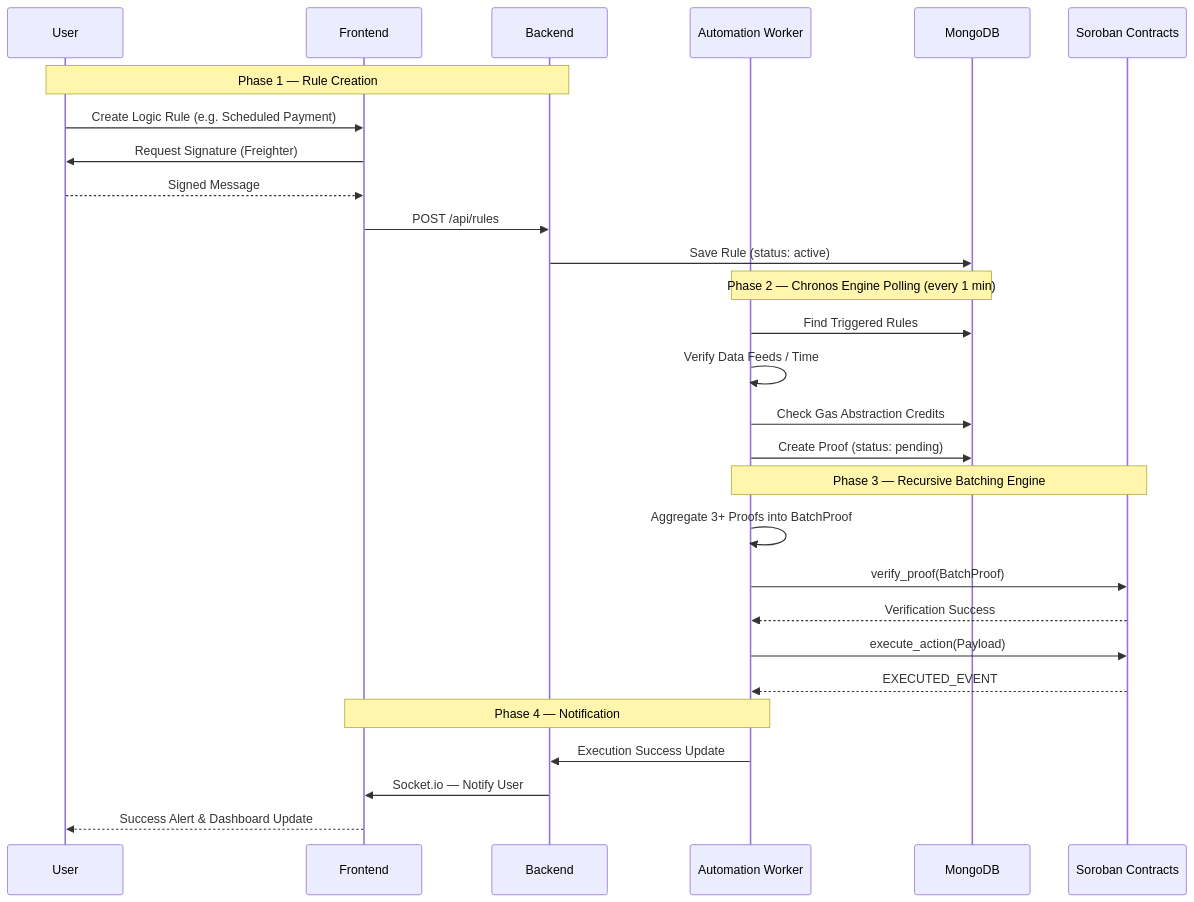
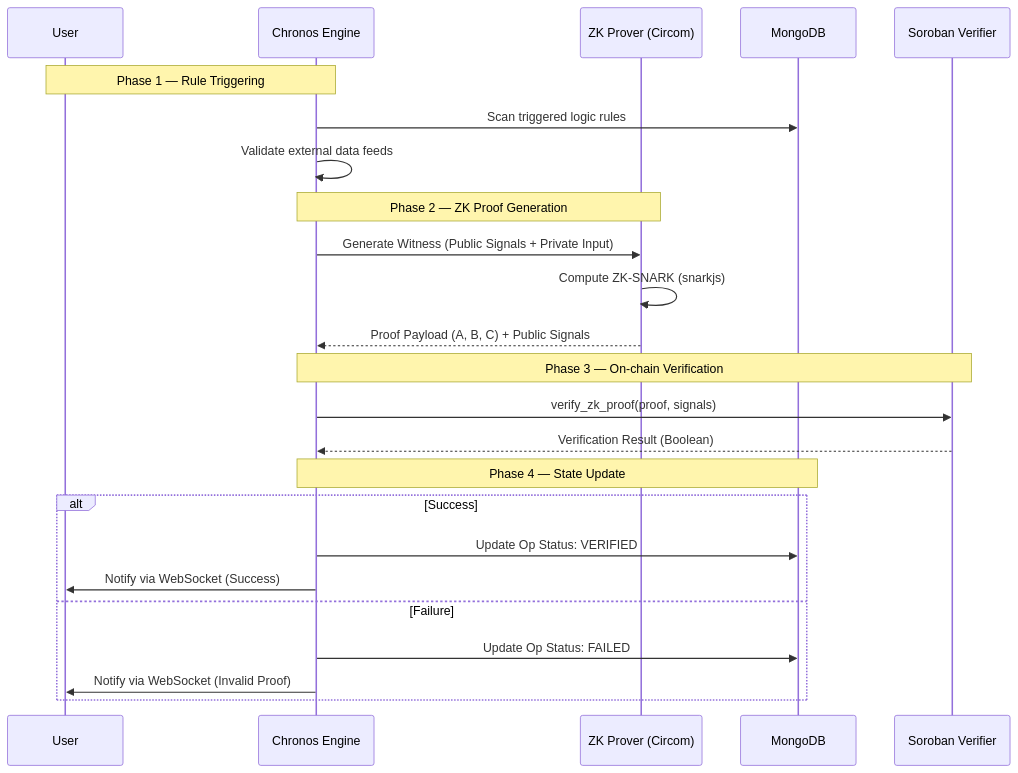
One commit to Pritam9078/ZYPHERION changed the second of 5 diagrams in ARCHITECTURE.md. Above: the diagram before and after it, drawn with Mermaid. The commit also changed other lines of this file, not shown here.

````diff
--- a/ARCHITECTURE.md
+++ b/ARCHITECTURE.md
@@ -58,38 +58,30 @@
 ```mermaid
 sequenceDiagram
     participant User
-    participant Frontend
-    participant Backend
-    participant Worker as Automation Worker
+    participant Worker as Chronos Engine
+    participant ZK as ZK Prover (Circom)
     participant DB as MongoDB
-    participant Stellar as Soroban Contracts
+    participant Stellar as Soroban Verifier
 
-    Note over User, Backend: Phase 1 — Rule Creation
-
-    User->>Frontend: Create Logic Rule (e.g. Scheduled Payment)
-    Frontend->>User: Request Signature (Freighter)
-    User-->>Frontend: Signed Message
-    Frontend->>Backend: POST /api/rules
-    Backend->>DB: Save Rule (status: active)
-
-    Note over Worker, DB: Phase 2 — Chronos Engine Polling (every 1 min)
-
-    Worker->>DB: Find Triggered Rules
-    Worker->>Worker: Verify Data Feeds / Time
-    Worker->>DB: Check Gas Abstraction Credits
-    Worker->>DB: Create Proof (status: pending)
-
-    Note over Worker, Stellar: Phase 3 — Recursive Batching Engine
-
-    Worker->>Worker: Aggregate 3+ Proofs into BatchProof
-    Worker->>Stellar: verify_proof(BatchProof)
-    Stellar-->>Worker: Verification Success
-    Worker->>Stellar: execute_action(Payload)
-    Stellar-->>Worker: EXECUTED_EVENT
-
-    Note over Worker, Frontend: Phase 4 — Notification
-
-    Worker->>Backend: Execution Success Update
-    Backend->>Frontend: Socket.io — Notify User
-    Frontend-->>User: Success Alert & Dashboard Update
+    Note over User, Worker: Phase 1 — Rule Triggering
+    Worker->>DB: Scan triggered logic rules
+    Worker->>Worker: Validate external data feeds
+    
+    Note over Worker, ZK: Phase 2 — ZK Proof Generation
+    Worker->>ZK: Generate Witness (Public Signals + Private Input)
+    ZK->>ZK: Compute ZK-SNARK (snarkjs)
+    ZK-->>Worker: Proof Payload (A, B, C) + Public Signals
+    
+    Note over Worker, Stellar: Phase 3 — On-chain Verification
+    Worker->>Stellar: verify_zk_proof(proof, signals)
+    Stellar-->>Worker: Verification Result (Boolean)
+    
+    Note over Worker, DB: Phase 4 — State Update
+    alt Success
+        Worker->>DB: Update Op Status: VERIFIED
+        Worker->>User: Notify via WebSocket (Success)
+    else Failure
+        Worker->>DB: Update Op Status: FAILED
+        Worker->>User: Notify via WebSocket (Invalid Proof)
+    end
 ```
````
